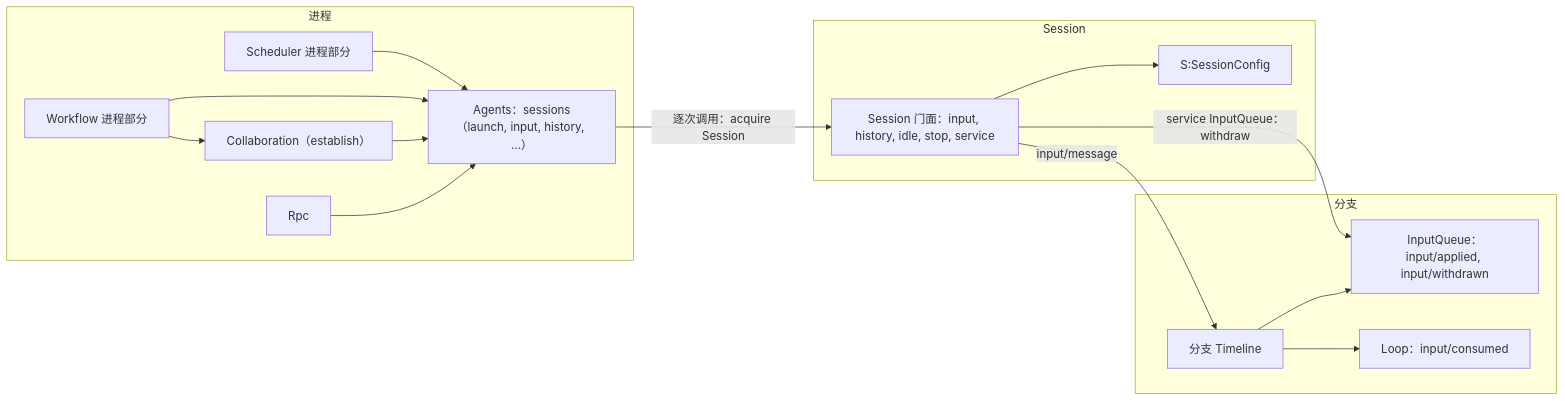
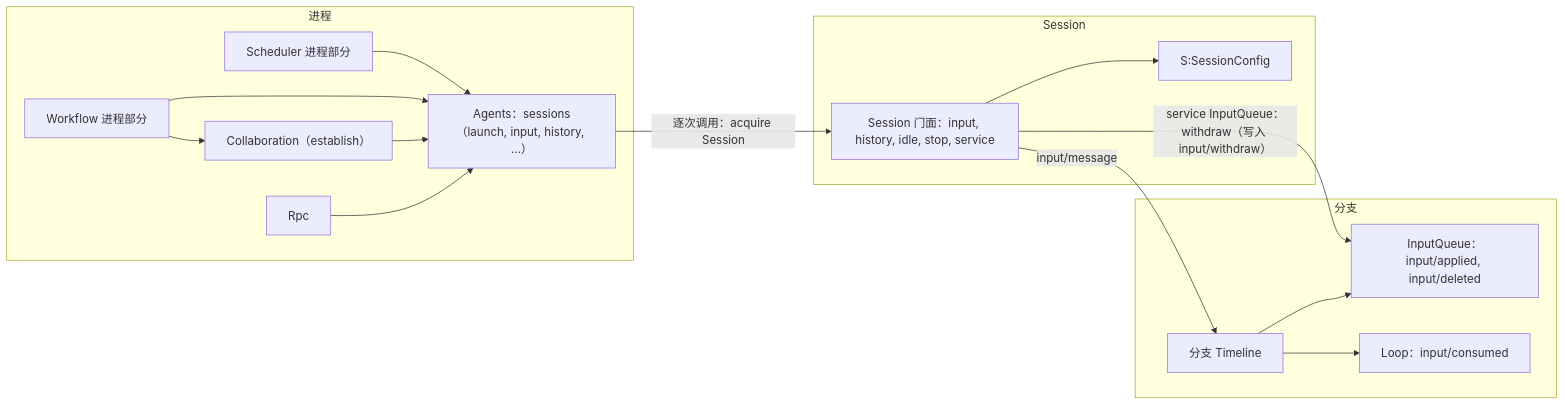
The first of 3 diagrams in docs/zh/design/contracts/session-access.md (CoutinhoTTS/dim-agent), drawn with Mermaid before and after one commit. The commit also changed other lines of this file and 18 other files, not shown here.

````diff
--- a/docs/zh/design/contracts/session-access.md
+++ b/docs/zh/design/contracts/session-access.md
@@ -20,30 +20,30 @@
 ```mermaid
 flowchart LR
   subgraph PROC["进程"]
     Agents["Agents：sessions（launch, input, history, ...）"]
     Coll["Collaboration（establish）"]
     Sched["Scheduler 进程部分"]
     Wf["Workflow 进程部分"]
     Rpc["Rpc"]
   end
   subgraph SESS["Session"]
     SC["S:SessionConfig"]
     Fac["Session 门面：input, history, idle, stop, service"]
   end
   subgraph BR["分支"]
-    IQ["InputQueue：input/applied, input/withdrawn"]
+    IQ["InputQueue：input/applied, input/deleted"]
     LP["Loop：input/consumed"]
     TL["分支 Timeline"]
   end
   Sched --> Agents
   Wf --> Agents
   Wf --> Coll
   Coll --> Agents
   Rpc --> Agents
   Agents -->|"逐次调用：acquire Session"| Fac
   Fac --> SC
   Fac -->|"input/message"| TL
-  Fac -->|"service InputQueue：withdraw"| IQ
+  Fac -->|"service InputQueue：withdraw（写入 input/withdraw）"| IQ
   TL --> IQ
   TL --> LP
 ```
````
